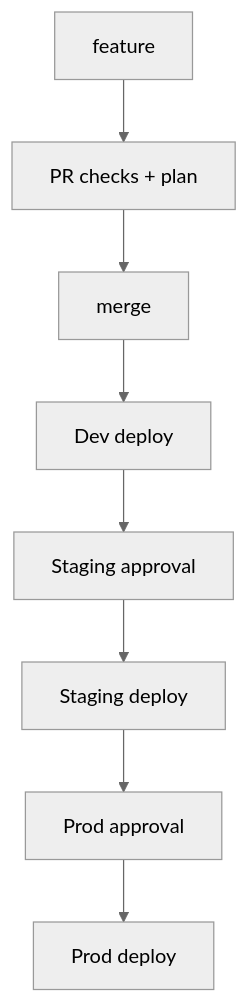
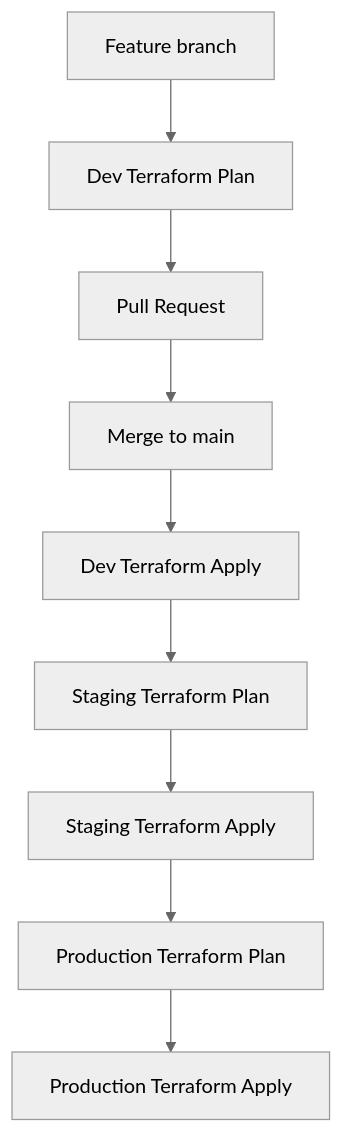
The diagram in README.md (nikolastojkovic/dummy-infra), drawn with Mermaid (neutral theme) before and after one commit. The commit also changed other lines of this file and 1 other file, not shown here.

Commit message:
add terraform plan step before apply on staging env

````diff
--- a/README.md
+++ b/README.md
@@ -64,10 +79,11 @@
 ```mermaid
 flowchart TD
-    A[feature] --> B[PR checks + plan]
-    B --> C[merge]
-    C --> D[Dev deploy]
-    D --> E[Staging approval]
-    E --> F[Staging deploy]
-    F --> G[Prod approval]
-    G --> H[Prod deploy]
+    A[Feature branch] --> B[Dev Terraform Plan]
+    B --> C[Pull Request]
+    C --> D[Merge to main]
+    D --> E[Dev Terraform Apply]
+    E --> F[Staging Terraform Plan]
+    F --> G[Staging Terraform Apply]
+    G --> H[Production Terraform Plan]
+    H --> I[Production Terraform Apply]
 ```
````
